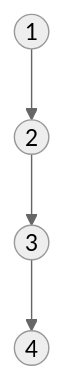
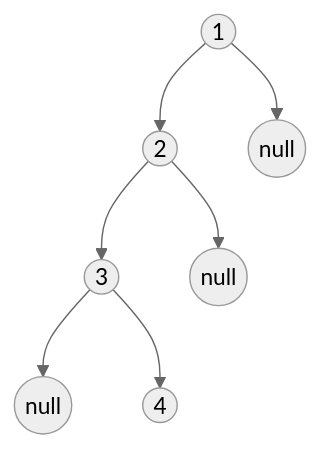
The first of 2 diagrams in 数据结构/Tree/AVL/BST/Readme.md (Daniel-Wei/Algo_DS_Notes), drawn with Mermaid (neutral theme) before and after one commit.

````diff
--- a/数据结构/Tree/AVL/BST/Readme.md
+++ b/数据结构/Tree/AVL/BST/Readme.md
@@ -6,13 +6,19 @@
 ```mermaid 
 graph TB;
 
 1((1))
 2((2))
 3((3))
 4((4))
+n1((null))
+n2((null))
+n3((null))
 
+1-->n1
 1-->2
+2-->n2
 2-->3
+3-->n3
 3-->4
 
 ```
````
